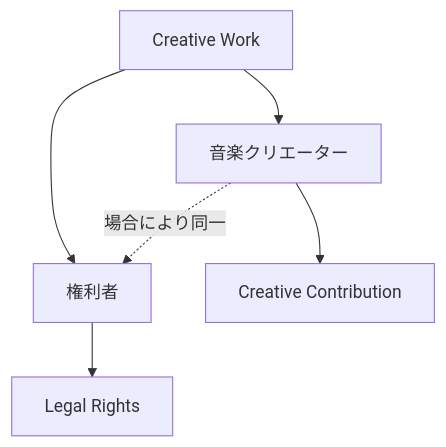
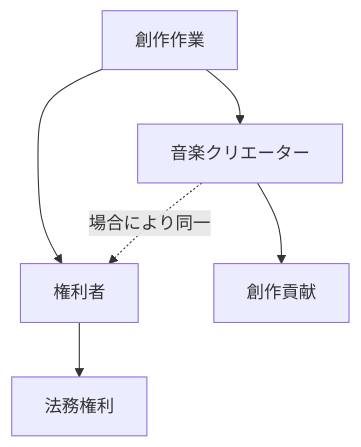
Before and after one commit to ShigeichiroYamasaki/creator-first-platform: the third of 17 diagrams in docs/whitepaper/01-vision.md, drawn with Mermaid. The commit also changed other lines of this file and 72 other files, not shown here.

````diff
--- a/docs/whitepaper/01-vision.md
+++ b/docs/whitepaper/01-vision.md
@@ -76,12 +76,12 @@
 ```mermaid
 flowchart TD
-    WORK[Creative Work]
+    WORK[創作作業]
 
     WORK --> CREATOR[音楽クリエーター]
     WORK --> RIGHTS[権利者]
 
-    CREATOR --> CREATE[Creative Contribution]
-    RIGHTS --> LEGAL[Legal Rights]
+    CREATOR --> CREATE[創作貢献]
+    RIGHTS --> LEGAL[法務権利]
 
     CREATOR -.場合により同一.-> RIGHTS
 ```
````
